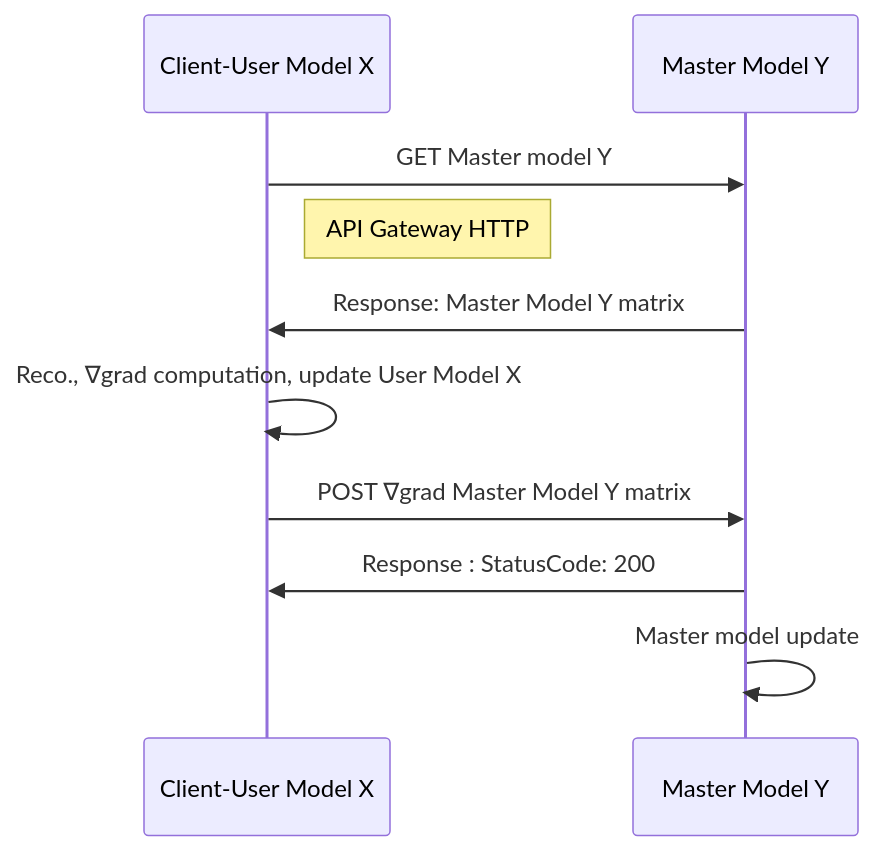
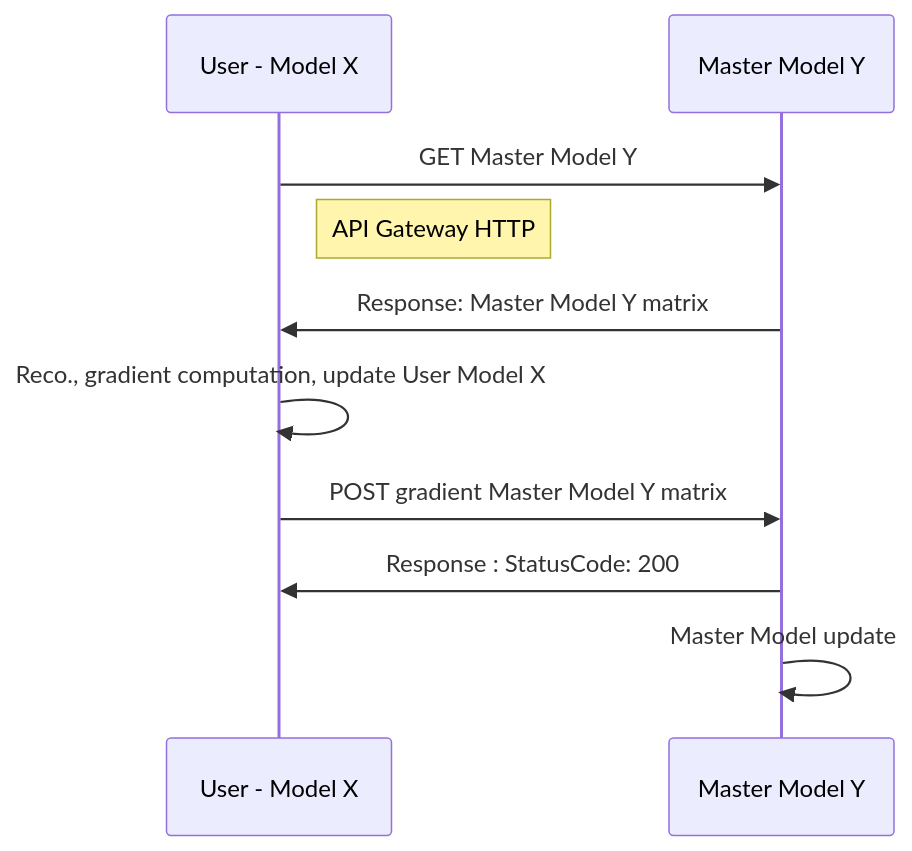
One commit to AdrKacz/super-duper-guacamole changed the second of 2 diagrams in recommender-system/README.md. Above: the diagram before and after it, drawn with Mermaid. The commit also changed other lines of this file, not shown here.

````diff
--- a/recommender-system/README.md
+++ b/recommender-system/README.md
@@ -134,12 +135,12 @@
 ```mermaid
 sequenceDiagram
-      participant Client as Client-User Model X
+      participant User as User - Model X
       participant Model as Master Model Y
-      Client ->> Model: GET Master model Y
-      Note right of Client: API Gateway HTTP
-      Model ->> Client: Response: Master Model Y matrix
-      Client ->> Client: Reco., ∇grad computation, update User Model X
-      Client ->> Model: POST ∇grad Master Model Y matrix
-      Model ->> Client: Response : StatusCode: 200
-      Model ->> Model: Master model update
+      User ->> Model: GET Master Model Y
+      Note right of User: API Gateway HTTP
+      Model ->> User: Response: Master Model Y matrix
+      User ->> User: Reco., gradient computation, update User Model X
+      User ->> Model: POST gradient Master Model Y matrix
+      Model ->> User: Response : StatusCode: 200
+      Model ->> Model: Master Model update
 ```
````
